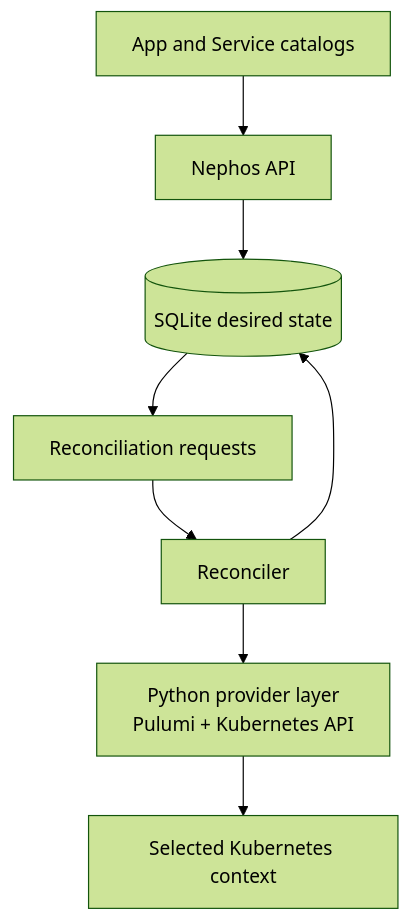
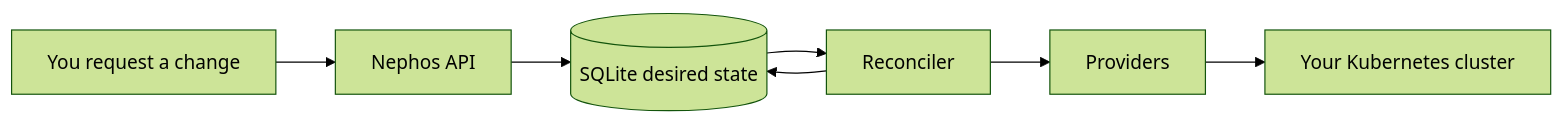
The diagram in README.md (fcrozetta/nephos), drawn with Mermaid (forest theme) before and after one commit. The commit also changed other lines of this file and 2 other files, not shown here.

First line of the commit message:
docs: split user and maintainer guides

````diff
--- a/README.md
+++ b/README.md
@@ -75,18 +38,16 @@
 ```mermaid
-flowchart TD
-  catalog["App and Service catalogs"]
+flowchart LR
+  user["You request a change"]
   api["Nephos API"]
   db[("SQLite desired state")]
-  queue["Reconciliation requests"]
   worker["Reconciler"]
-  providers["Python provider layer\nPulumi + Kubernetes API"]
-  kube["Selected Kubernetes context"]
+  providers["Providers"]
+  kube["Your Kubernetes cluster"]
 
-  catalog --> api
+  user --> api
   api --> db
-  db --> queue
-  queue --> worker
+  db --> worker
   worker --> providers
   providers --> kube
   worker --> db
 ```
````
